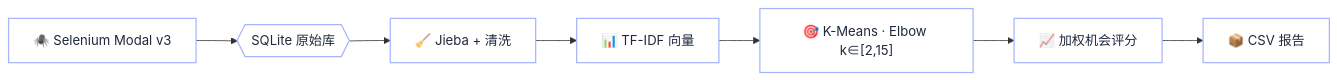
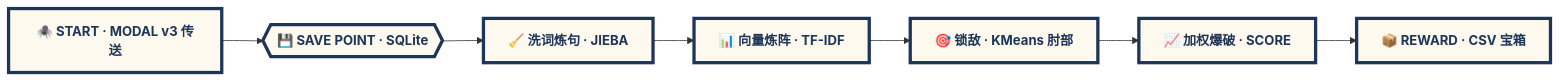
Before and after one commit to Invinciblemighthub/Invinciblemighthub: the diagram in README.md, drawn with Mermaid. The commit also changed other lines of this file, not shown here.

First line of the commit message:
Revamp README with pixel art theme and styles

````diff
--- a/README.md
+++ b/README.md
@@ -178,12 +210,12 @@
 ```mermaid
 flowchart LR
-    A["🕷️  Selenium Modal v3"] --> B{{"SQLite 原始库"}}
-    B --> C["🧹 Jieba + 清洗"]
-    C --> D["📊 TF-IDF 向量"]
-    D --> E["🎯 K-Means · Elbow k∈[2,15]"]
-    E --> F["📈 加权机会评分"]
-    F --> G["📦 CSV 报告"]
+    A["🕷️ START · MODAL v3 传送"] --> B{{"💾 SAVE POINT · SQLite"}}
+    B --> C["🧹 洗词炼句 · JIEBA"]
+    C --> D["📊 向量炼阵 · TF-IDF"]
+    D --> E["🎯 锁敌 · KMeans 肘部"]
+    E --> F["📈 加权爆破 · SCORE"]
+    F --> G["📦 REWARD · CSV 宝箱"]
 
-    classDef g fill:#ffffffcc,stroke:#a5b4fc,stroke-width:1.5px,color:#1e293b;
-    class A,B,C,D,E,F,G g;
+    classDef pixel fill:#fef9ef,stroke:#1d3557,stroke-width:4px,color:#1d3557,font-weight:700;
+    class A,B,C,D,E,F,G pixel;
 ```
````
